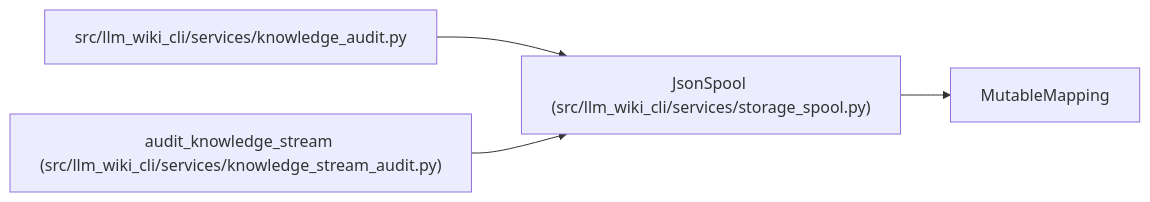
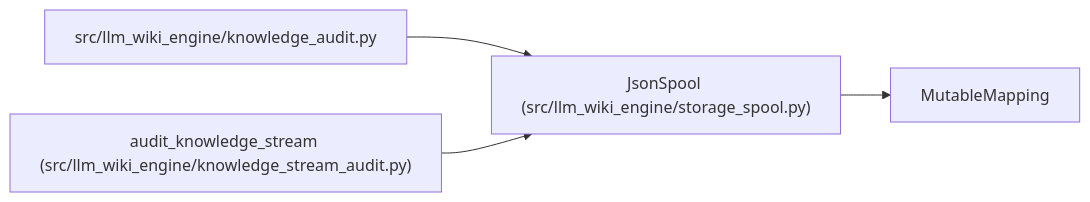
One commit to Denissvgn/python-wiki-llm changed the diagram in docs/llm_wiki/entities/JsonSpool.md. Above: the diagram before and after it, drawn with Mermaid. The commit also changed other lines of this file and 1058 other files, not shown here.

First line of the commit message:
docs: refresh the wiki for the knowledge store move

````diff
--- a/docs/llm_wiki/entities/JsonSpool.md
+++ b/docs/llm_wiki/entities/JsonSpool.md
@@ -30,13 +30,13 @@
 ```mermaid
 flowchart LR
-    n0["JsonSpool (src/llm_wiki_cli/services/storage_spool.py)"]
+    n0["JsonSpool (src/llm_wiki_engine/storage_spool.py)"]
     n1["MutableMapping"]
-    n2["src/llm_wiki_cli/services/knowledge_audit.py"]
-    n3["audit_knowledge_stream (src/llm_wiki_cli/services/knowledge_stream_audit.py)"]
+    n2["src/llm_wiki_engine/knowledge_audit.py"]
+    n3["audit_knowledge_stream (src/llm_wiki_engine/knowledge_stream_audit.py)"]
     n0 --> n1
     n2 --> n0
     n3 --> n0
     click n0 "../modules/storage_spool.md"
     click n2 "../modules/knowledge_audit.md"
     click n3 "../modules/knowledge_stream_audit.md"
 ```
````
